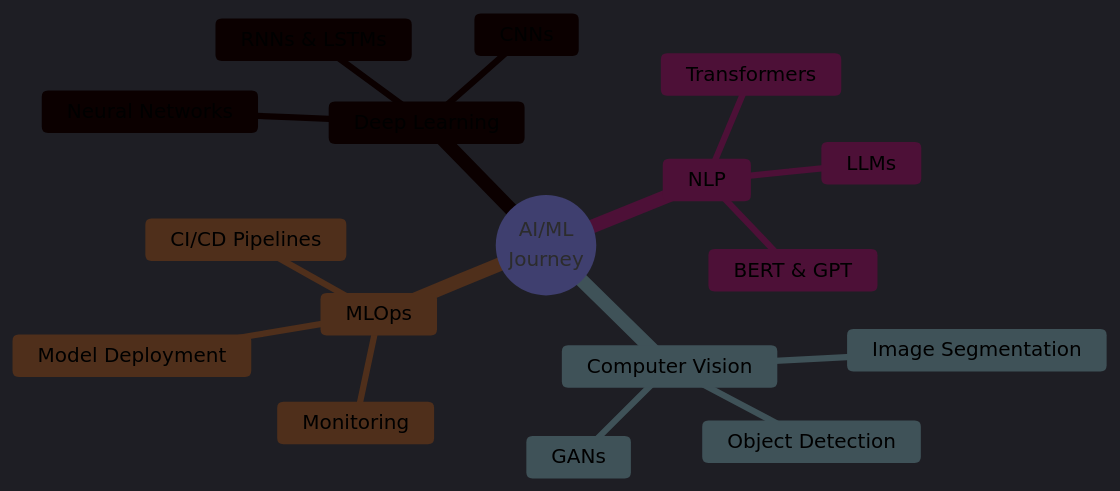
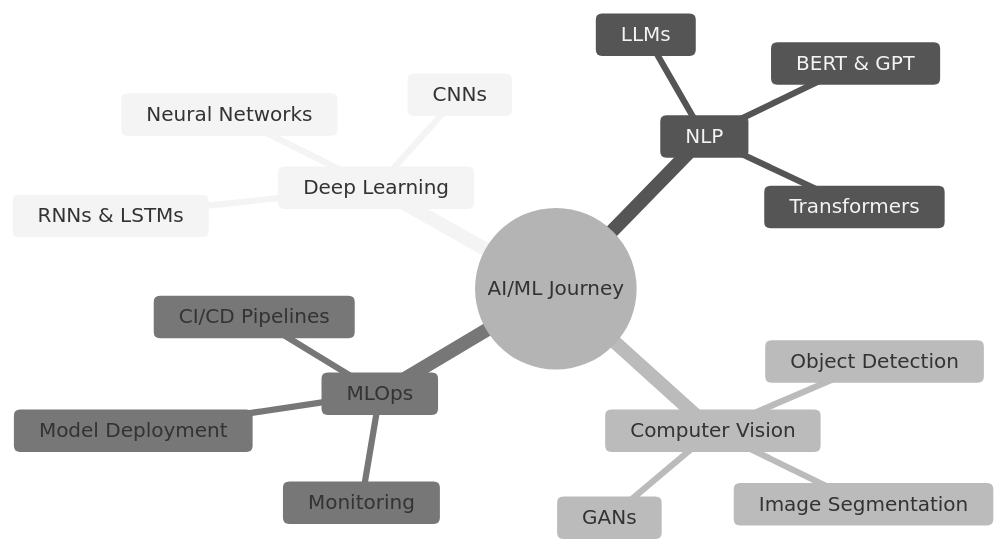
The diagram in README.md (Sohail-Shaikh-07/Sohail-Shaikh-07), drawn with Mermaid before and after one commit. The commit also changed other lines of this file, not shown here.

````diff
--- a/README.md
+++ b/README.md
@@ -150,21 +141,22 @@
 ```mermaid
-%%{init: {'theme':'dark', 'themeVariables': { 'darkMode': true, 'primaryColor':'#00d9ff', 'primaryTextColor':'#fff', 'primaryBorderColor':'#00d9ff', 'lineColor':'#00d9ff', 'secondaryColor':'#1a1a2e', 'tertiaryColor':'#16213e', 'background':'#0d1117', 'mainBkg':'#1a1a2e', 'secondBkg':'#16213e', 'tertiaryBkg':'#0f3460', 'nodeBorder':'#00d9ff', 'clusterBkg':'#1a1a2e', 'clusterBorder':'#00d9ff', 'titleColor':'#fff', 'edgeLabelBackground':'#1a1a2e', 'nodeTextColor':'#ffffff'}}}%%
+%%{init: {"theme": "neutral"} }%%
 mindmap
-  root((AI/ML<br/>Journey))
+  root((AI/ML Journey))
     Deep Learning
       Neural Networks
       CNNs
       RNNs & LSTMs
     NLP
       Transformers
       LLMs
       BERT & GPT
     Computer Vision
       Object Detection
       Image Segmentation
       GANs
     MLOps
       Model Deployment
       CI/CD Pipelines
       Monitoring
+
 ```
````
